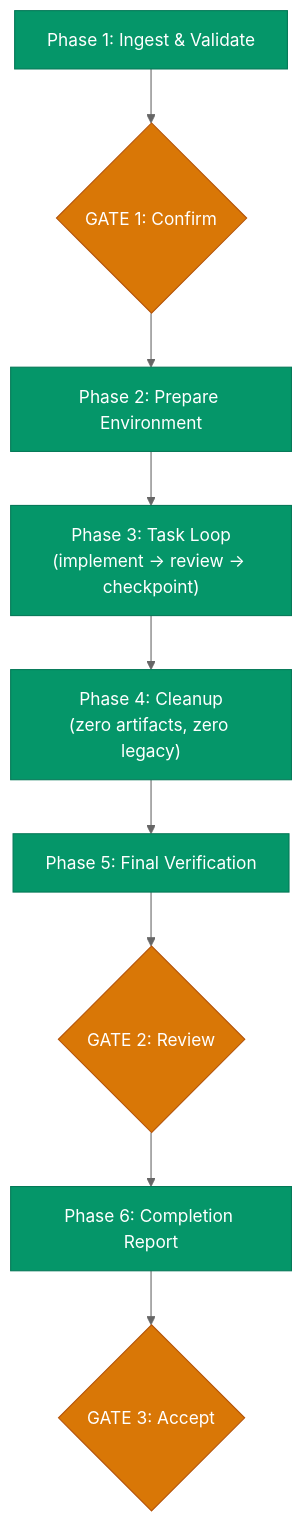
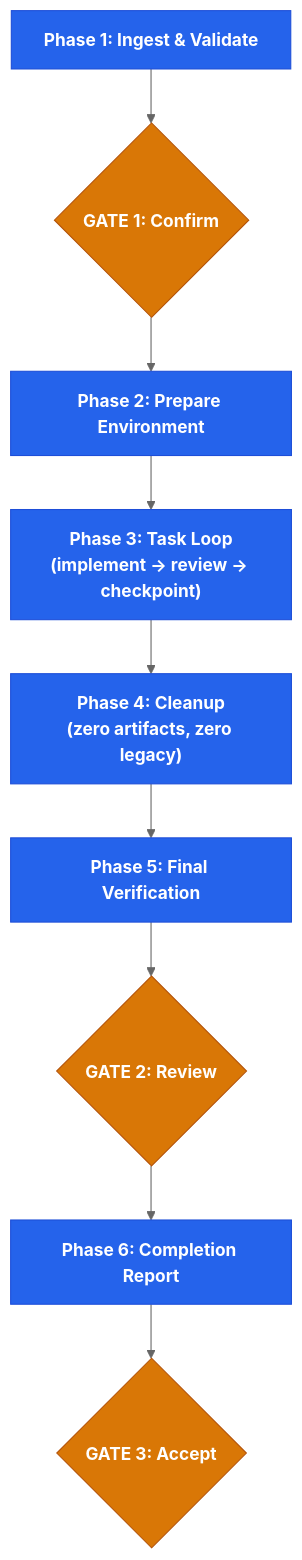
Before and after one commit to sthiermann/stn-skills: the diagram in skills/plan-execution/README.md, drawn with Mermaid (neutral theme). The commit also changed other lines of this file and 8 other files, not shown here.

````diff
--- a/skills/plan-execution/README.md
+++ b/skills/plan-execution/README.md
@@ -52,16 +50,16 @@
 ```mermaid
 graph TD
     P1["Phase 1: Ingest & Validate"] --> G1{"GATE 1: Confirm"}
     G1 --> P2["Phase 2: Prepare Environment"]
     P2 --> P3["Phase 3: Task Loop\n(implement → review → checkpoint)"]
     P3 --> P4["Phase 4: Cleanup\n(zero artifacts, zero legacy)"]
     P4 --> P5["Phase 5: Final Verification"]
     P5 --> G2{"GATE 2: Review"}
     G2 --> P6["Phase 6: Completion Report"]
     P6 --> G3{"GATE 3: Accept"}
 
-    classDef phase fill:#059669,stroke:#047857,color:#fff
-    classDef gate fill:#d97706,stroke:#b45309,color:#fff
+    classDef phase fill:#2563eb,stroke:#1d4ed8,color:#fff,font-weight:bold
+    classDef gate fill:#d97706,stroke:#b45309,color:#fff,font-weight:bold
     class P1,P2,P3,P4,P5,P6 phase
     class G1,G2,G3 gate
 ```
````
